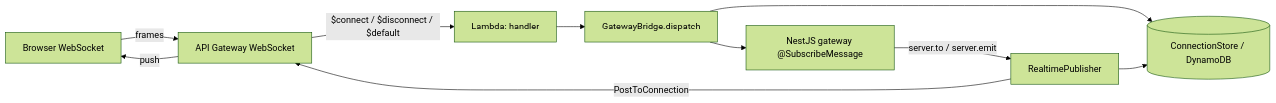
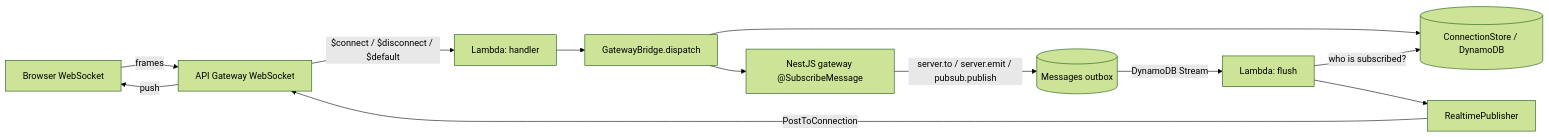
Before and after one commit to Manuel-Antunes/apigw-ws-nest: the first of 2 diagrams in README.md, drawn with Mermaid (forest theme). The commit also changed other lines of this file and 30 other files, not shown here.

````diff
--- a/README.md
+++ b/README.md
@@ -514,12 +704,14 @@
 ```mermaid
 flowchart LR
   C[Browser WebSocket] -->|frames| AG[API Gateway WebSocket]
   AG -->|$connect / $disconnect / $default| L[Lambda: handler]
   L --> B[GatewayBridge.dispatch]
   B --> N[NestJS gateway @SubscribeMessage]
-  N -->|server.to / server.emit| P[RealtimePublisher]
+  N -->|"server.to / server.emit / pubsub.publish"| O[(Messages outbox)]
   B --> S[(ConnectionStore / DynamoDB)]
-  P --> S
+  O -->|DynamoDB Stream| F[Lambda: flush]
+  F -->|"who is subscribed?"| S
+  F --> P[RealtimePublisher]
   P -->|PostToConnection| AG
   AG -->|push| C
 ```
````
